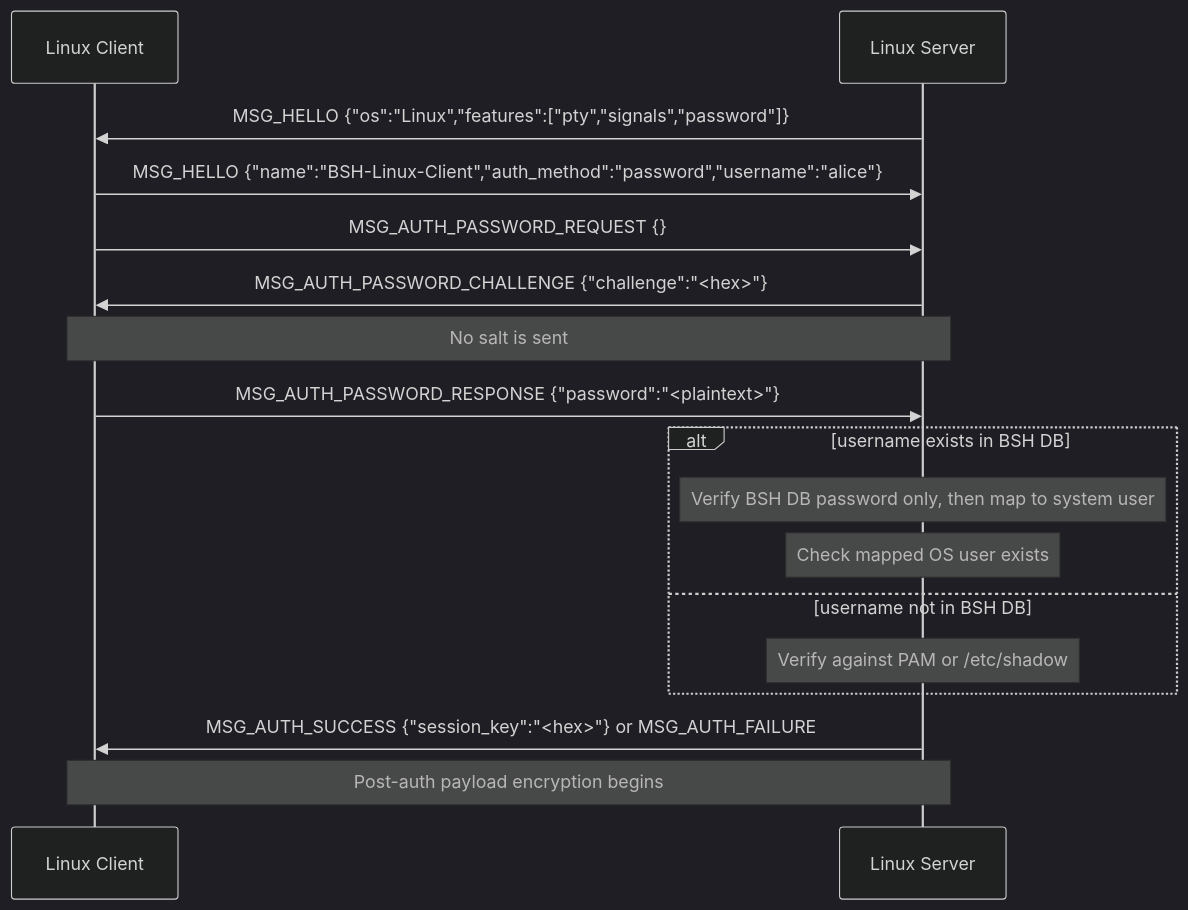
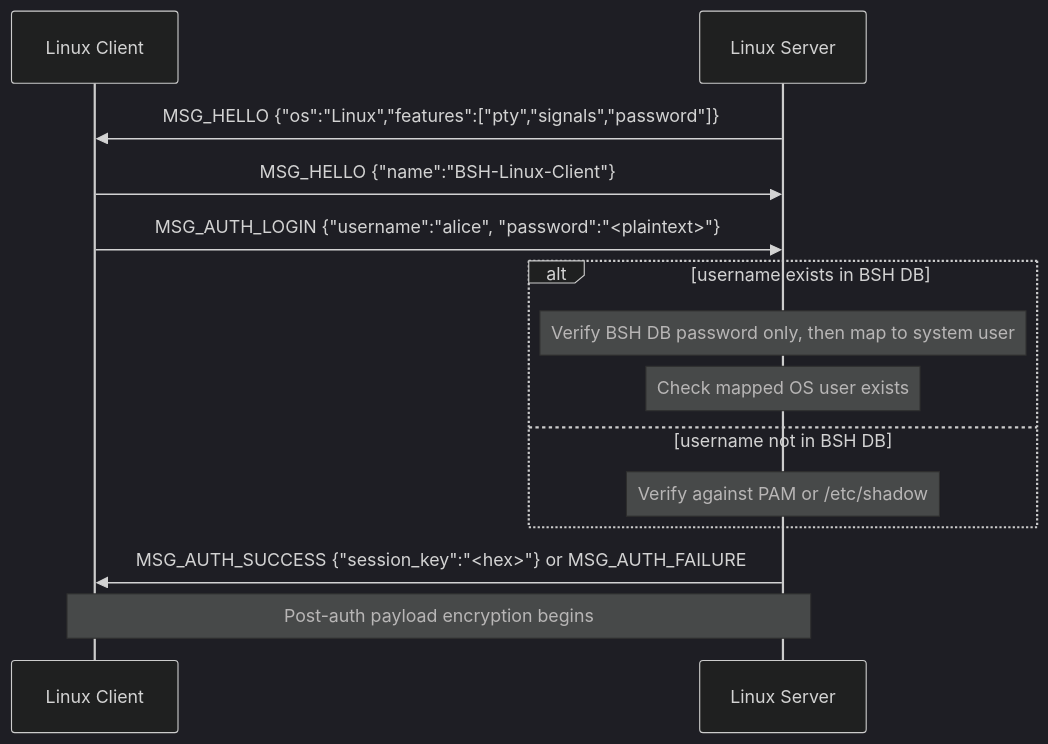
Before and after one commit to Hacker-SriDhar/OpenBSH: the eighth of 9 diagrams in docs/protocol-security.md, drawn with Mermaid (dark theme). The commit also changed other lines of this file and 11 other files, not shown here.

````diff
--- a/docs/protocol-security.md
+++ b/docs/protocol-security.md
@@ -285,20 +260,17 @@
 ```mermaid
 sequenceDiagram
     participant LC as Linux Client
     participant LS as Linux Server
 
     LS->>LC: MSG_HELLO {"os":"Linux","features":["pty","signals","password"]}
-    LC->>LS: MSG_HELLO {"name":"BSH-Linux-Client","auth_method":"password","username":"alice"}
-    LC->>LS: MSG_AUTH_PASSWORD_REQUEST {}
-    LS->>LC: MSG_AUTH_PASSWORD_CHALLENGE {"challenge":"<hex>"}
-    Note over LS,LC: No salt is sent
-    LC->>LS: MSG_AUTH_PASSWORD_RESPONSE {"password":"<plaintext>"}
+    LC->>LS: MSG_HELLO {"name":"BSH-Linux-Client"}
+    LC->>LS: MSG_AUTH_LOGIN {"username":"alice", "password":"<plaintext>"}
     alt username exists in BSH DB
         Note over LS: Verify BSH DB password only, then map to system user
         Note over LS: Check mapped OS user exists
     else username not in BSH DB
         Note over LS: Verify against PAM or /etc/shadow
     end
     LS->>LC: MSG_AUTH_SUCCESS {"session_key":"<hex>"} or MSG_AUTH_FAILURE
     Note over LC,LS: Post-auth payload encryption begins
 ```
````
